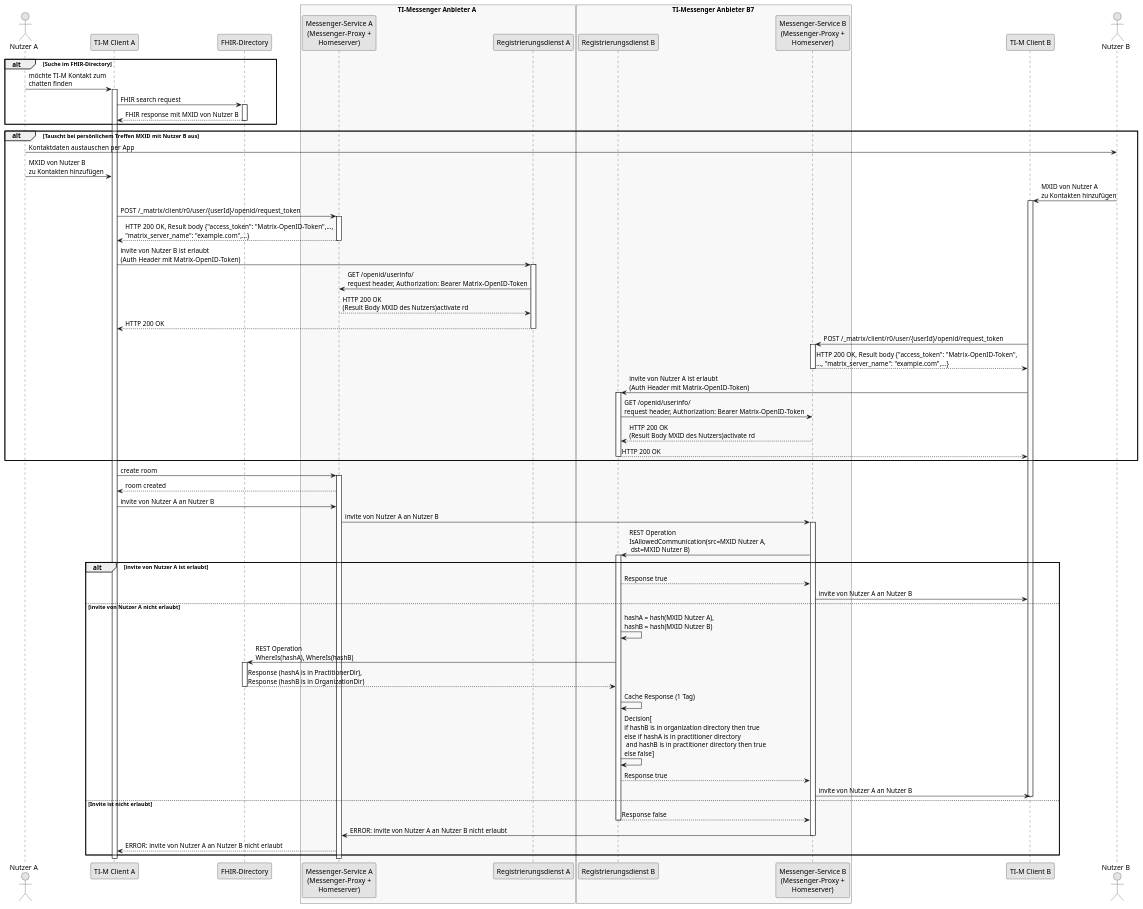
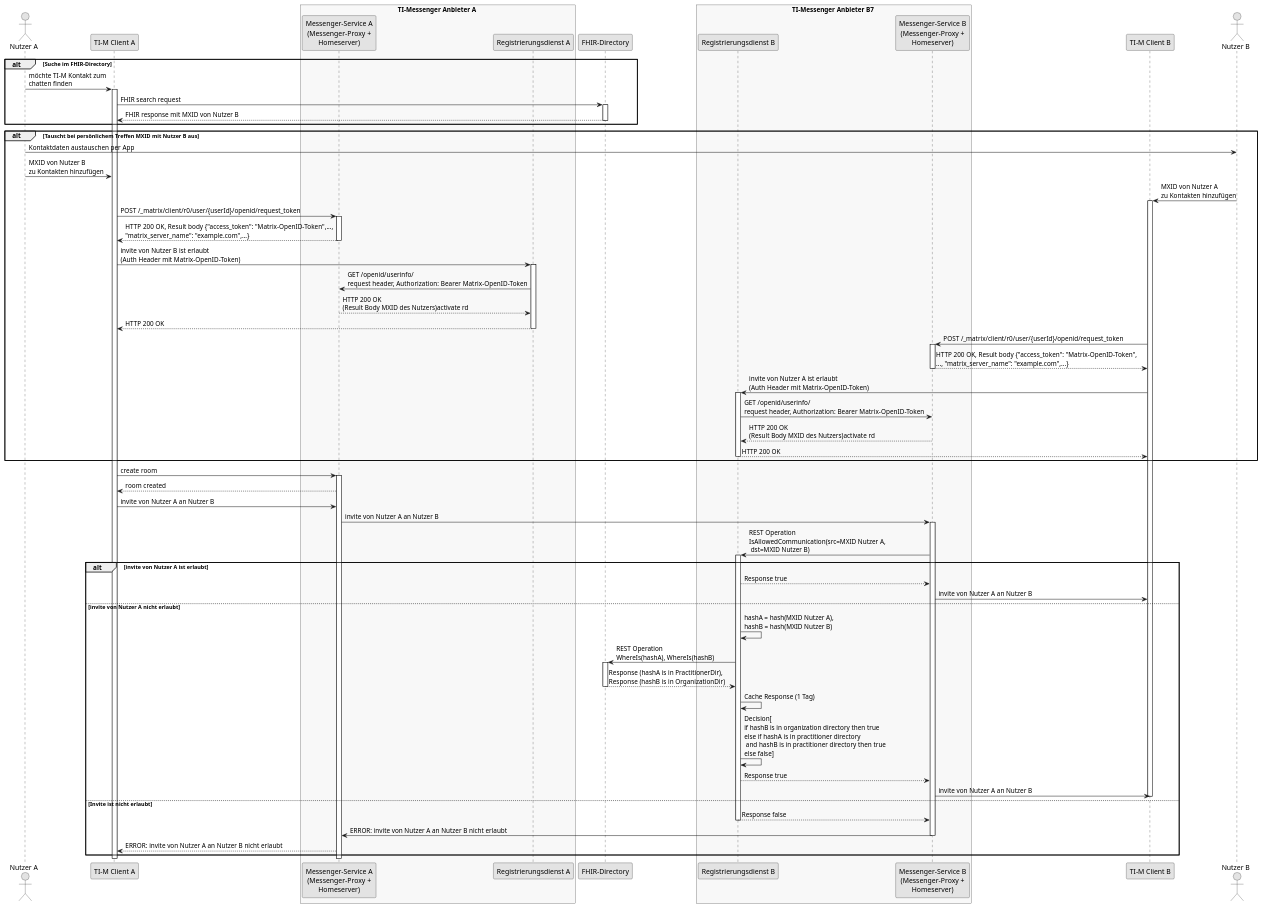
One commit to gematik/api-ti-messenger changed the diagram in src/plantuml/architecture/Communication_control_without_PASSporT.puml. Above: the diagram before and after it, drawn with PlantUML.

```diff
--- a/src/plantuml/architecture/Communication_control_without_PASSporT.puml
+++ b/src/plantuml/architecture/Communication_control_without_PASSporT.puml
@@ -1,114 +1,114 @@
 @startuml TI-Messenger communication control without PASSporT
 /'
 Vorteile:
 - bessere Kompatibilität mit Matrix API
 - einfachere Architektur
 - keine Signaturprüfung von PASSporT im Messenger-Proxy
   - kein download von Signatur-, CA- und Root-Zertifikaten erforderlich (Schnittstelle und
     Spezifikation fehlen noch in aktueller Spec)
   - keine Abhängigkeit mehr zu PT Infrastructure
 - Bessere Latenz bei Suchen im FHIR-Dir
   - einheitliche Schnittstelle im FHIR-Dir für TIM und KIM 2.0
   - geringere Abhängigkeit vom FHIR-Dir
 - Ermöglicht TI 2.0 Zero Trust Architektur (Policy Decision Point (PDP) ist entweder in
   Registrierungsdienst integriert oder eigenständige Komponente, Policy Enforcement Point ist der Messenger-Proxy)
   - einfache Erweiterung um zusätzliche Policies im PDP möglich (z. B. für Versicherte)
   - Sicherheit von TIM wird durch TIM-Komponenten kontrolliert (und nicht durch das FHIR-Dir)
 - Bessere UX für Austausch von TI-M Adressen bei persönlichem Kontakt.
   - Austausch von TIM Adressen grundsätzlich auch remote möglich
 
 Was muss getan werden, um ohne PASSporTs auszukommen?
 - PASSporT aus der TI-M Spec entfernen
 - PASSporT aus der FHIR-Dir Spec entfernen
 - REST Operationen am Messenger-Proxy spezifizieren (invite von MXIDs erlauben und Erlaubnis widerrufen,
   Dauer der Erlaubnis als Parameter)
 - zusätzliche REST Operationen an I_TIM_Provider_Services
 - Erläuternde Beschreibung der Abläufe zwischen Messenger-Proxy und Registrierungsdienst
 '/
-  !pragma layout smetana
+!pragma layout smetana
 '!include ../includes/gem-tim.iuml
 '!include ../includes/gem-tim-monochrome.iuml
 skinparam monochrome true
 
 actor a as "Nutzer A"
 participant cl as "TI-M Client A"
-participant fd as "FHIR-Directory"
 box TI-Messenger Anbieter A #GhostWhite
 participant mp as "Messenger-Service A\n(Messenger-Proxy +\nHomeserver)"
 participant rd as "Registrierungsdienst A"
 end box
+participant fd as "FHIR-Directory"
 box TI-Messenger Anbieter B7 #GhostWhite
 participant rdb as "Registrierungsdienst B"
 participant mpb as "Messenger-Service B\n(Messenger-Proxy +\nHomeserver)"
 end box
 participant clb as "TI-M Client B"
 actor b as "Nutzer B"
 
 alt Suche im FHIR-Directory
 a -> cl: möchte TI-M Kontakt zum\nchatten finden
 activate cl
 cl -> fd: FHIR search request
 activate fd
 fd --> cl: FHIR response mit MXID von Nutzer B
 deactivate fd
 end
 alt Tauscht bei persönlichem Treffen MXID mit Nutzer B aus
 a -> b: Kontaktdaten austauschen per App
 a -> cl: MXID von Nutzer B\nzu Kontakten hinzufügen
 b -> clb: MXID von Nutzer A\nzu Kontakten hinzufügen
 activate clb
 cl -> mp: POST /_matrix/client/r0/user/{userId}/openid/request_token
 activate mp
 mp --> cl: HTTP 200 OK, Result body {"access_token": "Matrix-OpenID-Token",...,\n"matrix_server_name": "example.com",...}
 deactivate mp
 cl -> rd: invite von Nutzer B ist erlaubt\n(Auth Header mit Matrix-OpenID-Token)
 activate rd
 rd -> mp: GET /openid/userinfo/\nrequest header, Authorization: Bearer Matrix-OpenID-Token
 mp --> rd: HTTP 200 OK\n(Result Body MXID des Nutzers)activate rd
 rd --> cl: HTTP 200 OK
 deactivate rd
 clb -> mpb: POST /_matrix/client/r0/user/{userId}/openid/request_token
 activate mpb
 mpb --> clb: HTTP 200 OK, Result body {"access_token": "Matrix-OpenID-Token",\n..., "matrix_server_name": "example.com",...}
 deactivate mpb
 clb -> rdb: invite von Nutzer A ist erlaubt\n(Auth Header mit Matrix-OpenID-Token)
 activate rdb
 rdb -> mpb: GET /openid/userinfo/\nrequest header, Authorization: Bearer Matrix-OpenID-Token
 mpb --> rdb: HTTP 200 OK\n(Result Body MXID des Nutzers)activate rd
 rdb --> clb: HTTP 200 OK
 deactivate rdb
 end
 cl -> mp: create room
 activate mp
 mp --> cl: room created
 
 ' Invite
 cl -> mp: invite von Nutzer A an Nutzer B
 mp -> mpb: invite von Nutzer A an Nutzer B
 activate mpb
 mpb -> rdb: REST Operation\nIsAllowedCommunication(src=MXID Nutzer A,\n dst=MXID Nutzer B)
 activate rdb
 alt invite von Nutzer A ist erlaubt
 rdb --> mpb: Response true
 mpb -> clb: invite von Nutzer A an Nutzer B
 else invite von Nutzer A nicht erlaubt
 rdb -> rdb: hashA = hash(MXID Nutzer A),\nhashB = hash(MXID Nutzer B)
 rdb -> fd: REST Operation\nWhereIs(hashA), WhereIs(hashB)
 activate fd
 fd --> rdb: Response (hashA is in PractitionerDir),\nResponse (hashB is in OrganizationDir)
 deactivate fd
 rdb -> rdb: Cache Response (1 Tag)
 rdb -> rdb: Decision[\nif hashB is in organization directory then true\nelse if hashA is in practitioner directory\n and hashB is in practitioner directory then true\nelse false]
 rdb --> mpb: Response true
 mpb -> clb: invite von Nutzer A an Nutzer B
 deactivate clb
 else Invite ist nicht erlaubt
 rdb --> mpb: Response false
 deactivate rdb
 mpb -> mp: ERROR: invite von Nutzer A an Nutzer B nicht erlaubt
 deactivate mpb
 mp --> cl: ERROR: invite von Nutzer A an Nutzer B nicht erlaubt
 end
 deactivate mp
 deactivate cl
 @enduml
```
